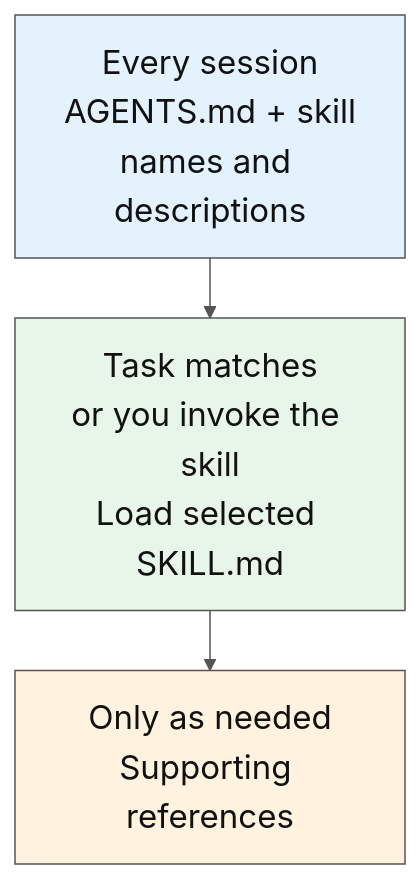
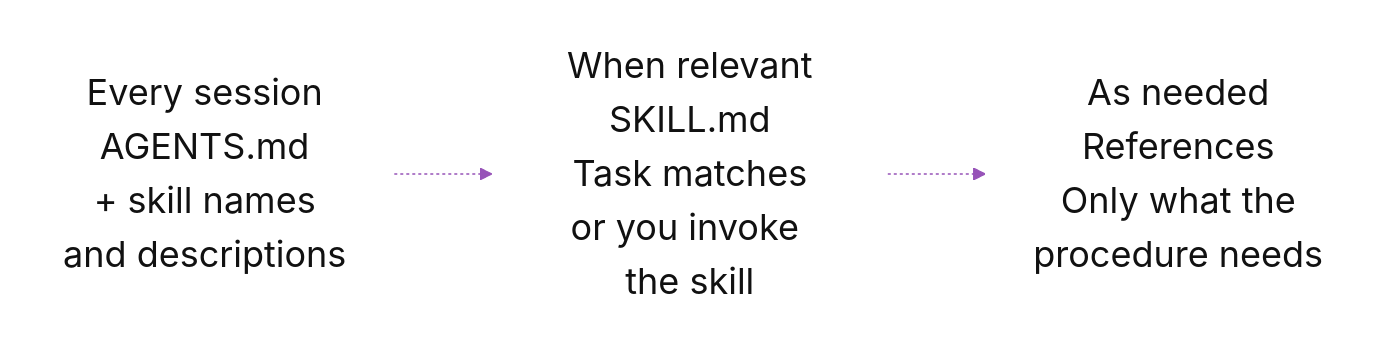
One commit to IndrajeetPatil/preventive-r-package-care changed the diagram in index.qmd. Above: the diagram before and after it, drawn with Mermaid. The commit also changed other lines of this file and 1 other file, not shown here.

Commit message:
style: simplify the context loading diagram

````diff
--- a/index.qmd
+++ b/index.qmd
@@ -3350,17 +3340,13 @@
 ```{mermaid}
 %%| echo: false
-%%{init: {"theme": "base", "themeVariables": {"fontFamily": "Lato, sans-serif", "fontSize": "22px", "lineColor": "#555555"}, "flowchart": {"rankSpacing": 40}}}%%
-flowchart TB
+%%{init: {"theme": "base", "htmlLabels": true, "themeVariables": {"fontFamily": "Lato, sans-serif", "fontSize": "24px", "lineColor": "#9753B8"}, "flowchart": {"rankSpacing": 65, "padding": 16, "curve": "linear"}}}%%
+flowchart LR
     accTitle: Load instructions as they become relevant
     accDescr: Every session loads AGENTS.md and skill names and descriptions. When a task matches a skill or the user invokes it, the agent loads that skill's SKILL.md. Supporting references are read only as needed.
-    A["Every session<br/>AGENTS.md + skill<br/>names and descriptions"]
-    B["Task matches<br/>or you invoke the skill<br/>Load selected SKILL.md"]
-    C["Only as needed<br/>Supporting references"]
-    A --> B --> C
-    classDef shared fill:#e3f2fd,stroke:#555555,color:#111111
-    classDef selected fill:#e8f5e9,stroke:#555555,color:#111111
-    classDef supporting fill:#fff3e0,stroke:#555555,color:#111111
-    class A shared
-    class B selected
-    class C supporting
+    A["<span class='context-stage'>Every session</span><br/><span class='context-file'>AGENTS.md</span><br/><span class='context-detail'>+ skill names<br/>and descriptions</span>"]
+    B["<span class='context-stage'>When relevant</span><br/><span class='context-file'>SKILL.md</span><br/><span class='context-detail'>Task matches<br/>or you invoke the skill</span>"]
+    C["<span class='context-stage'>As needed</span><br/><span class='context-file'>References</span><br/><span class='context-detail'>Only what the<br/>procedure needs</span>"]
+    A -.-> B -.-> C
+    classDef stage fill:transparent,stroke:none,color:#111111
+    class A,B,C stage
 ```
````
